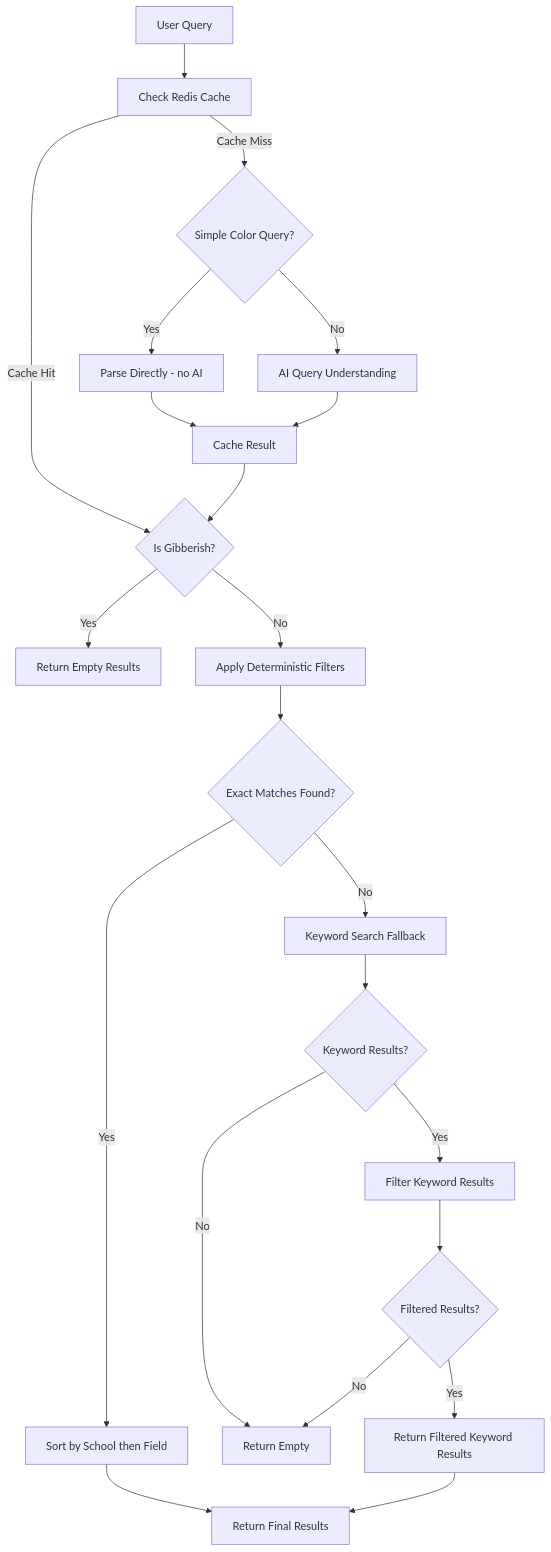
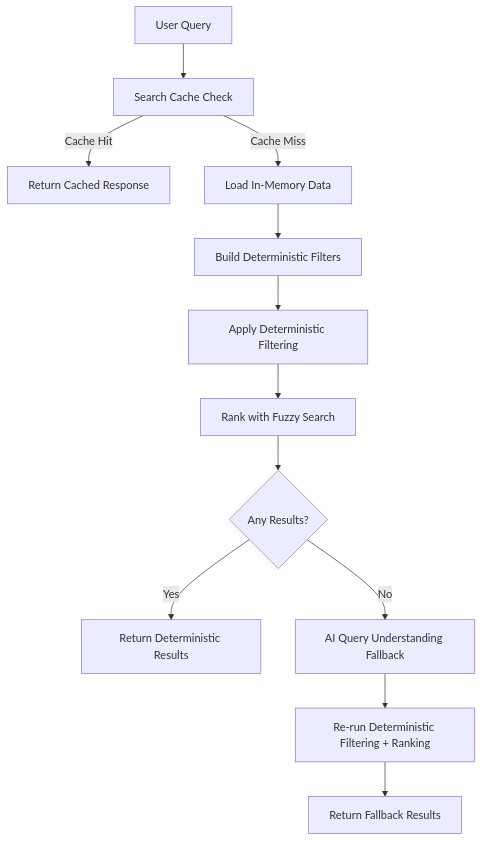
The diagram in README.md (valtterisa/haalarikone-fi), drawn with Mermaid before and after one commit. The commit also changed other lines of this file and 2 other files, not shown here.

Commit message:
feat: enhance color query handling with improved alias mapping and deterministic filtering

````diff
--- a/README.md
+++ b/README.md
@@ -96,24 +96,14 @@
 ```mermaid
 flowchart TD
-    A[User Query] --> B[Check Redis Cache]
-    B -->|Cache Hit| G
-    B -->|Cache Miss| C{Simple Color Query?}
-    C -->|Yes| D[Parse Directly - no AI]
-    C -->|No| E[AI Query Understanding]
-    D --> F[Cache Result]
-    E --> F
-    F --> G{Is Gibberish?}
-    G -->|Yes| H[Return Empty Results]
-    G -->|No| I[Apply Deterministic Filters]
-    I --> J{Exact Matches Found?}
-    J -->|Yes| K[Sort by School then Field]
-    K --> L[Return Final Results]
-    J -->|No| M[Keyword Search Fallback]
-    M --> N{Keyword Results?}
-    N -->|No| O[Return Empty]
-    N -->|Yes| P[Filter Keyword Results]
-    P --> Q{Filtered Results?}
-    Q -->|Yes| R[Return Filtered Keyword Results]
-    Q -->|No| O
-    R --> L
+    A[User Query] --> B[Search Cache Check]
+    B -->|Cache Hit| Z[Return Cached Response]
+    B -->|Cache Miss| C[Load In-Memory Data]
+    C --> D[Build Deterministic Filters]
+    D --> E[Apply Deterministic Filtering]
+    E --> F[Rank with Fuzzy Search]
+    F --> G{Any Results?}
+    G -->|Yes| H[Return Deterministic Results]
+    G -->|No| I[AI Query Understanding Fallback]
+    I --> J[Re-run Deterministic Filtering + Ranking]
+    J --> K[Return Fallback Results]
 ```
````
